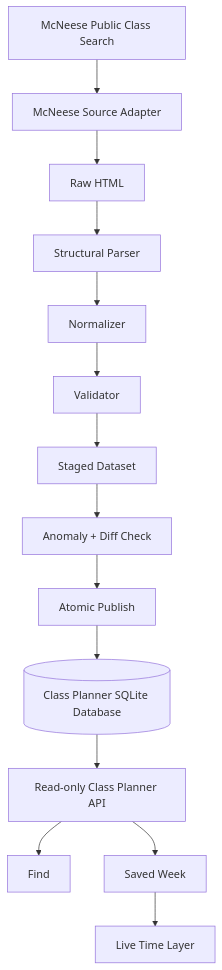
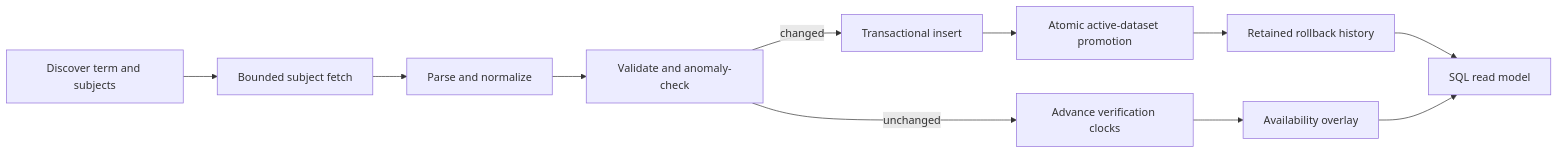
The second of 2 diagrams in docs/class-planner/ARCHITECTURE.md (McNeeseACMChapter/askmcneese), drawn with Mermaid before and after one commit. The commit also changed other lines of this file and 22 other files, not shown here.

Commit message:
Give the Class Planner a production data backbone. Move live schedules to PostgreSQL, protect sync and availability refreshes, and document the deployment path.

````diff
--- a/docs/class-planner/ARCHITECTURE.md
+++ b/docs/class-planner/ARCHITECTURE.md
@@ -26,16 +18,13 @@
 ```mermaid
-flowchart TD
-  A[McNeese Public Class Search] --> B[McNeese Source Adapter]
-  B --> C[Raw HTML]
-  C --> D[Structural Parser]
-  D --> E[Normalizer]
-  E --> F[Validator]
-  F --> G[Staged Dataset]
-  G --> H[Anomaly + Diff Check]
-  H --> I[Atomic Publish]
-  I --> J[(Class Planner SQLite Database)]
-  J --> K[Read-only Class Planner API]
-  K --> L[Find]
-  K --> M[Saved Week]
-  M --> N[Live Time Layer]
+flowchart LR
+    A["Discover term and subjects"] --> B["Bounded subject fetch"]
+    B --> C["Parse and normalize"]
+    C --> D["Validate and anomaly-check"]
+    D -->|"changed"| E["Transactional insert"]
+    D -->|"unchanged"| F["Advance verification clocks"]
+    E --> G["Atomic active-dataset promotion"]
+    G --> H["Retained rollback history"]
+    F --> I["Availability overlay"]
+    H --> J["SQL read model"]
+    I --> J
 ```
````
